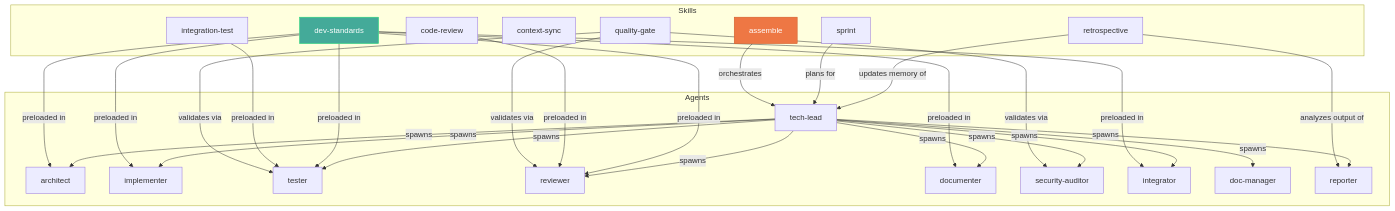
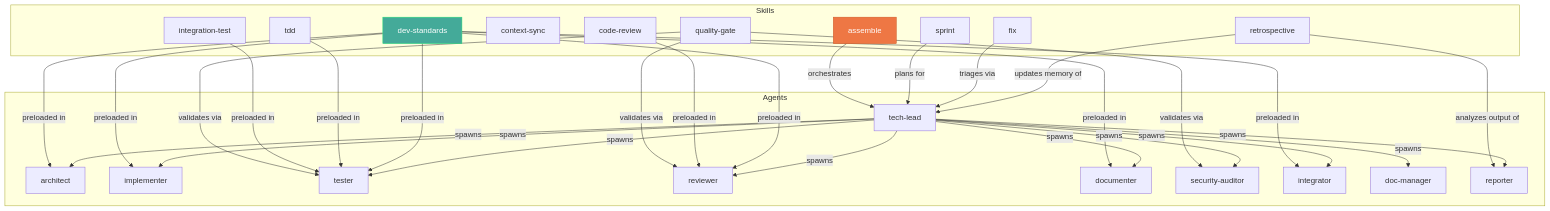
Before and after one commit to Muheng1992/symbiotic-engineering: the fifth of 14 diagrams in docs/AGENT-ARMY-DESIGN.md, drawn with Mermaid. The commit also changed other lines of this file and 15 other files, not shown here.

First line of the commit message:
feat: Add TDD/fix skills, enforce tech-lead delegation and architect plan mode

````diff
--- a/docs/AGENT-ARMY-DESIGN.md
+++ b/docs/AGENT-ARMY-DESIGN.md
@@ -362,57 +370,61 @@
 ```mermaid
 graph TD
     subgraph "Skills"
         S1[assemble]
         S2[sprint]
         S3[quality-gate]
         S4[context-sync]
         S5[dev-standards]
         S6[integration-test]
         S7[code-review]
         S8[retrospective]
+        S9[tdd]
+        S10[fix]
     end
 
     subgraph "Agents"
         A1[tech-lead]
         A2[architect]
         A3[implementer]
         A4[tester]
         A5[reviewer]
         A6[documenter]
         A7[security-auditor]
         A8[integrator]
         A9[doc-manager]
         A10[reporter]
     end
 
     S1 -->|orchestrates| A1
     S2 -->|plans for| A1
     S3 -->|validates via| A5
     S3 -->|validates via| A4
     S3 -->|validates via| A7
     S6 -->|preloaded in| A4
     S7 -->|preloaded in| A5
+    S9 -->|preloaded in| A4
+    S10 -->|"triages via"| A1
 
     S8 -->|"analyzes output of"| A10
     S8 -->|"updates memory of"| A1
 
     S5 -->|preloaded in| A2
     S5 -->|preloaded in| A3
     S5 -->|preloaded in| A4
     S5 -->|preloaded in| A5
     S5 -->|preloaded in| A6
     S5 -->|preloaded in| A8
 
     A1 -->|spawns| A2
     A1 -->|spawns| A3
     A1 -->|spawns| A4
     A1 -->|spawns| A5
     A1 -->|spawns| A7
     A1 -->|spawns| A8
     A1 -->|spawns| A6
     A1 -->|spawns| A9
     A1 -->|spawns| A10
 
     style S1 fill:#e74,stroke:#c52,color:#fff
     style S5 fill:#4a9,stroke:#2d7,color:#fff
 ```
````
